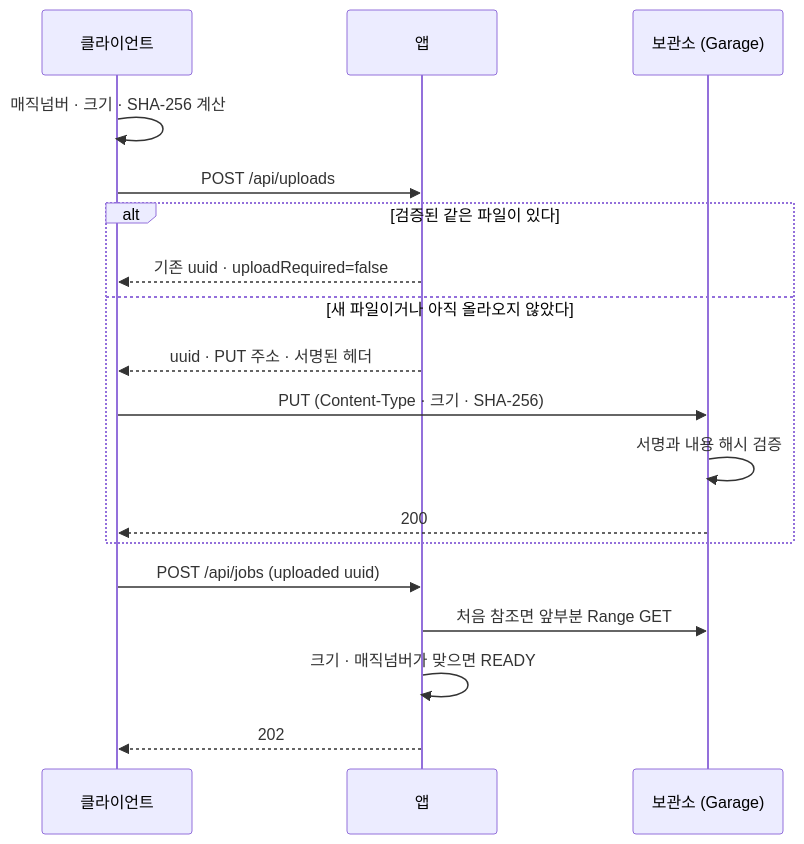
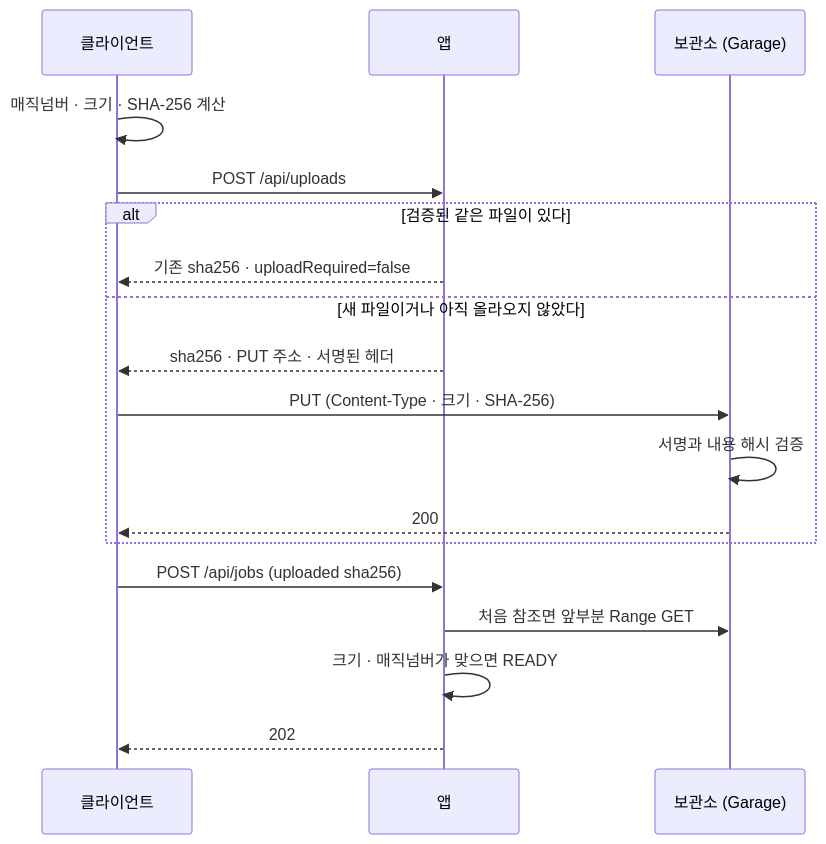
Before and after one commit to youngsu5582/personal-ai-workbench: the diagram in docs/architecture/direct-upload.md, drawn with Mermaid. The commit also changed other lines of this file and 7 other files, not shown here.

````diff
--- a/docs/architecture/direct-upload.md
+++ b/docs/architecture/direct-upload.md
@@ -8,20 +8,20 @@
 ```mermaid
 sequenceDiagram
     participant C as 클라이언트
     participant A as 앱
     participant S as 보관소 (Garage)
     C->>C: 매직넘버 · 크기 · SHA-256 계산
     C->>A: POST /api/uploads
     alt 검증된 같은 파일이 있다
-        A-->>C: 기존 uuid · uploadRequired=false
+        A-->>C: 기존 sha256 · uploadRequired=false
     else 새 파일이거나 아직 올라오지 않았다
-        A-->>C: uuid · PUT 주소 · 서명된 헤더
+        A-->>C: sha256 · PUT 주소 · 서명된 헤더
         C->>S: PUT (Content-Type · 크기 · SHA-256)
         S->>S: 서명과 내용 해시 검증
         S-->>C: 200
     end
-    C->>A: POST /api/jobs (uploaded uuid)
+    C->>A: POST /api/jobs (uploaded sha256)
     A->>S: 처음 참조면 앞부분 Range GET
     A->>A: 크기 · 매직넘버가 맞으면 READY
     A-->>C: 202
 ```
````
